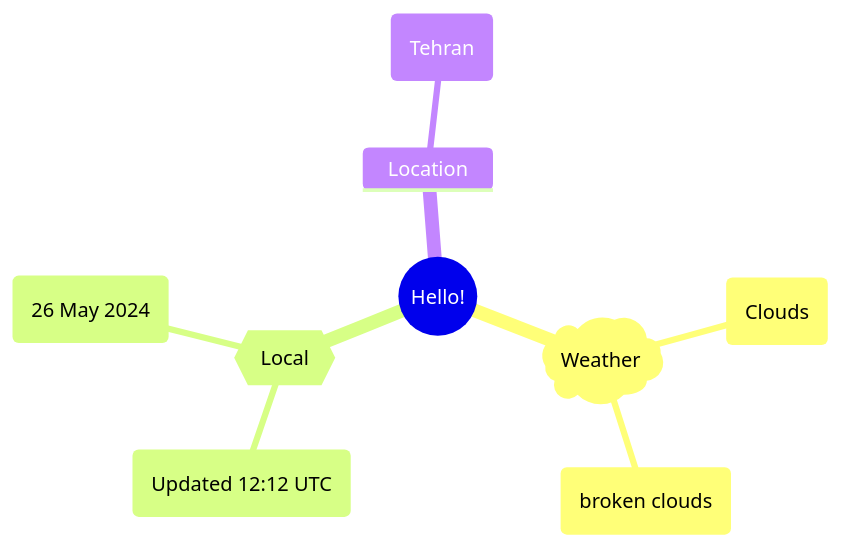
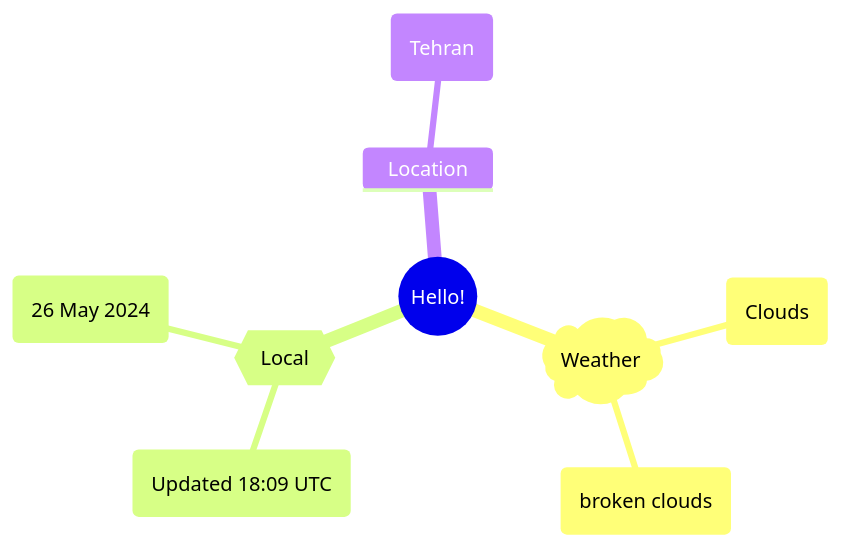
One commit to Xosrov/Xosrov changed the first of 2 diagrams in README.md. Above: the diagram before and after it, drawn with Mermaid.

Commit message:
[bot] updated images

````diff
--- a/README.md
+++ b/README.md
@@ -3,12 +3,12 @@
 ```mermaid
 mindmap
   root((Hello!))
     )Weather(
         (Clouds)
         (broken clouds)
     {{Local}}
-        (Updated 12:12 UTC)
+        (Updated 18:09 UTC)
         (26 May 2024)
     Location
         (Tehran)
 ```
````
